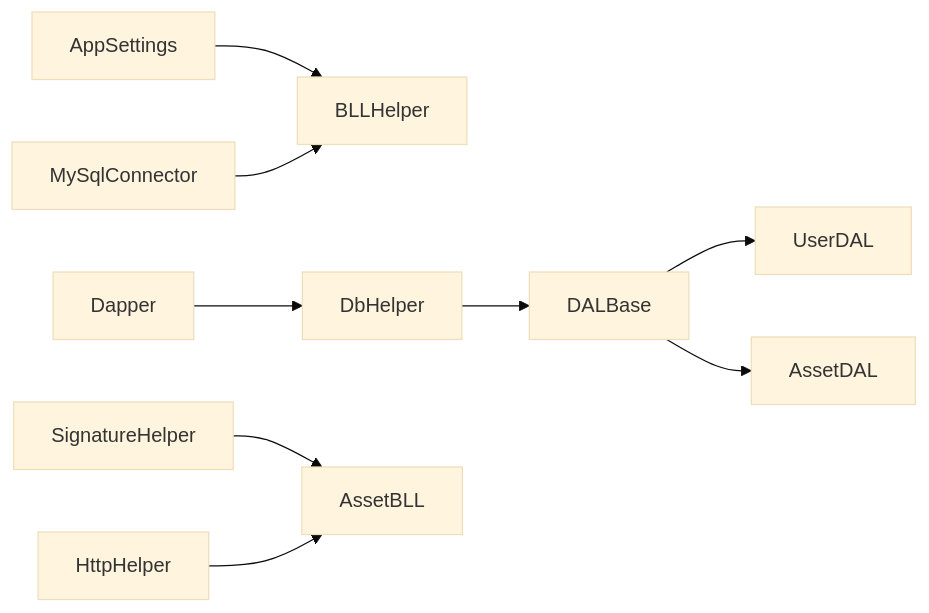
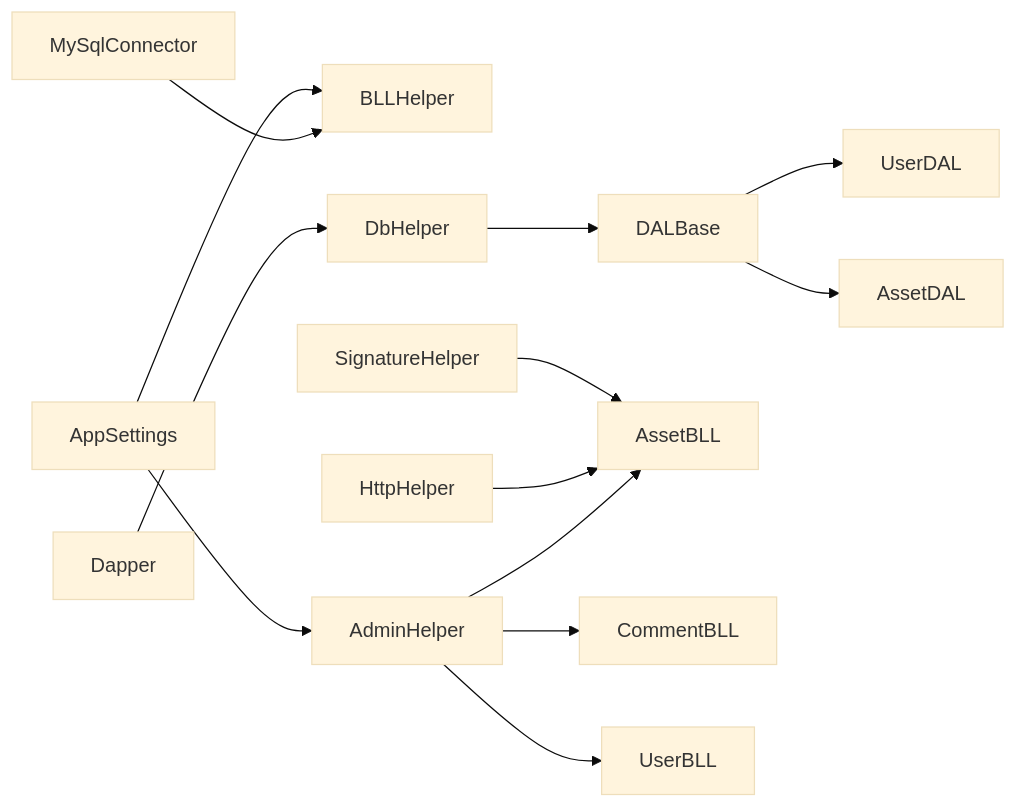
The eighth of 8 diagrams in .qoder/repowiki/zh/content/后端 API 服务/工具类库/工具类库.md (TinyMaD/SpeedRunnersLab), drawn with Mermaid (base theme) before and after one commit. The commit also changed other lines of this file and 29 other files, not shown here.

````diff
--- a/.qoder/repowiki/zh/content/后端 API 服务/工具类库/工具类库.md
+++ b/.qoder/repowiki/zh/content/后端 API 服务/工具类库/工具类库.md
@@ -335,11 +396,15 @@
 ```mermaid
 graph LR
 AppSettings --> BLLHelper
+AppSettings --> AdminHelper
 MySqlConnector --> BLLHelper
 Dapper --> DbHelper
 DbHelper --> DALBase
 DALBase --> UserDAL
 DALBase --> AssetDAL
 SignatureHelper --> AssetBLL
 HttpHelper --> AssetBLL
+AdminHelper --> AssetBLL
+AdminHelper --> CommentBLL
+AdminHelper --> UserBLL
 ```
````
